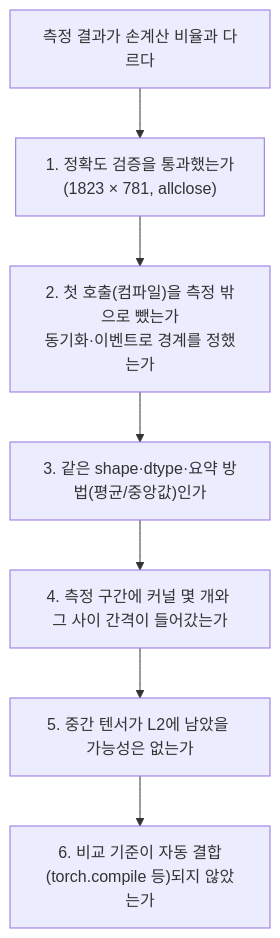
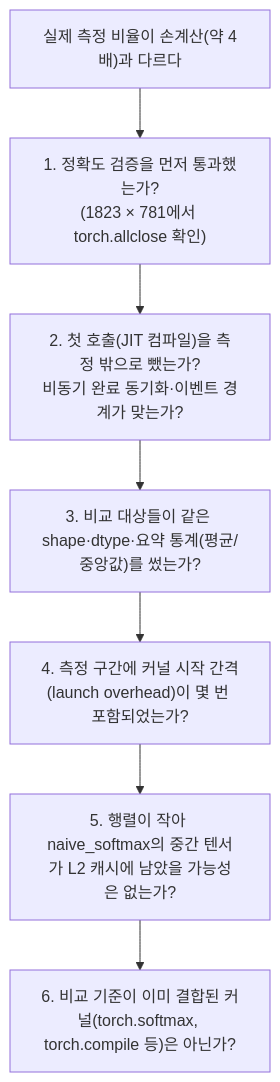
One commit to legato-user-group/tensor2silicon-lab changed the fifth of 5 diagrams in week06/yblee.md. Above: the diagram before and after it, drawn with Mermaid. The commit also changed other lines of this file, not shown here.

````diff
--- a/week06/yblee.md
+++ b/week06/yblee.md
@@ -1166,9 +1670,9 @@
 ```mermaid
 flowchart TB
-    A["측정 결과가 손계산 비율과 다르다"] --> B["1. 정확도 검증을 통과했는가<br/>(1823 × 781, allclose)"]
-    B --> C["2. 첫 호출(컴파일)을 측정 밖으로 뺐는가<br/>동기화·이벤트로 경계를 정했는가"]
-    C --> D["3. 같은 shape·dtype·요약 방법(평균/중앙값)인가"]
-    D --> E["4. 측정 구간에 커널 몇 개와 그 사이 간격이 들어갔는가"]
-    E --> F["5. 중간 텐서가 L2에 남았을 가능성은 없는가"]
-    F --> G["6. 비교 기준이 자동 결합(torch.compile 등)되지 않았는가"]
+    A["실제 측정 비율이 손계산(약 4배)과 다르다"] --> B["1. 정확도 검증을 먼저 통과했는가?<br/>(1823 × 781에서 torch.allclose 확인)"]
+    B --> C["2. 첫 호출(JIT 컴파일)을 측정 밖으로 뺐는가?<br/>비동기 완료 동기화·이벤트 경계가 맞는가?"]
+    C --> D["3. 비교 대상들이 같은 shape·dtype·요약 통계(평균/중앙값)를 썼는가?"]
+    D --> E["4. 측정 구간에 커널 시작 간격(launch overhead)이 몇 번 포함되었는가?"]
+    E --> F["5. 행렬이 작아 naive_softmax의 중간 텐서가 L2 캐시에 남았을 가능성은 없는가?"]
+    F --> G["6. 비교 기준이 이미 결합된 커널(torch.softmax, torch.compile 등)은 아닌가?"]
 ```
````
